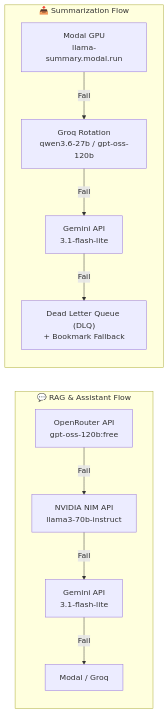
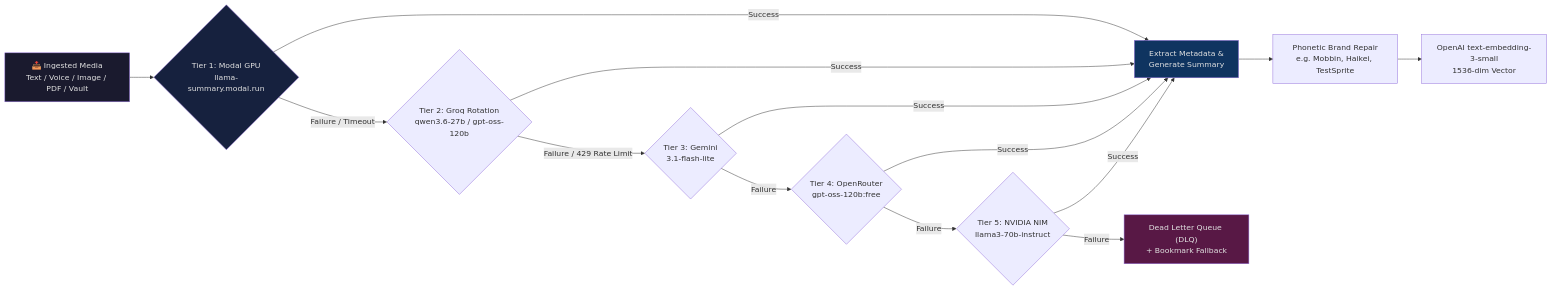
The third of 3 diagrams in README.md (PriyanshuG27/Atrium), drawn with Mermaid before and after one commit. The commit also changed other lines of this file, not shown here.

Commit message:
docs(readme): restore clean single-line horizontal Mermaid flowchart layout for AI cascade

````diff
--- a/README.md
+++ b/README.md
@@ -247,14 +247,21 @@
 ```mermaid
 flowchart LR
-    subgraph RAG_FLOW["💬 RAG & Assistant Flow"]
-        R1["OpenRouter API\ngpt-oss-120b:free"] -->|"Fail"| R2["NVIDIA NIM API\nllama3-70b-instruct"]
-        R2 -->|"Fail"| R3["Gemini API\n3.1-flash-lite"]
-        R3 -->|"Fail"| R4["Modal / Groq"]
-    end
+    A["📥 Ingested Media\nText / Voice / Image / PDF / Vault"] --> B{"Tier 1: Modal GPU\nllama-summary.modal.run"}
+    B -->|"Success"| E["Extract Metadata &\nGenerate Summary"]
+    B -->|"Failure / Timeout"| C{"Tier 2: Groq Rotation\nqwen3.6-27b / gpt-oss-120b"}
+    C -->|"Success"| E
+    C -->|"Failure / 429 Rate Limit"| D{"Tier 3: Gemini\n3.1-flash-lite"}
+    D -->|"Success"| E
+    D -->|"Failure"| OR{"Tier 4: OpenRouter\ngpt-oss-120b:free"}
+    OR -->|"Success"| E
+    OR -->|"Failure"| NV{"Tier 5: NVIDIA NIM\nllama3-70b-instruct"}
+    NV -->|"Success"| E
+    NV -->|"Failure"| F["Dead Letter Queue (DLQ)\n+ Bookmark Fallback"]
+    E --> G["Phonetic Brand Repair\ne.g. Mobbin, Haikei, TestSprite"]
+    G --> H["OpenAI text-embedding-3-small\n1536-dim Vector"]
 
-    subgraph INGEST_FLOW["📥 Summarization Flow"]
-        S1["Modal GPU\nllama-summary.modal.run"] -->|"Fail"| S2["Groq Rotation\nqwen3.6-27b / gpt-oss-120b"]
-        S2 -->|"Fail"| S3["Gemini API\n3.1-flash-lite"]
-        S3 -->|"Fail"| S4["Dead Letter Queue (DLQ)\n+ Bookmark Fallback"]
-    end
+    style A fill:#1a1a2e,color:#e0e0e0
+    style B fill:#16213e,color:#e0e0e0
+    style E fill:#0f3460,color:#e0e0e0
+    style F fill:#581845,color:#e0e0e0
 ```
````
